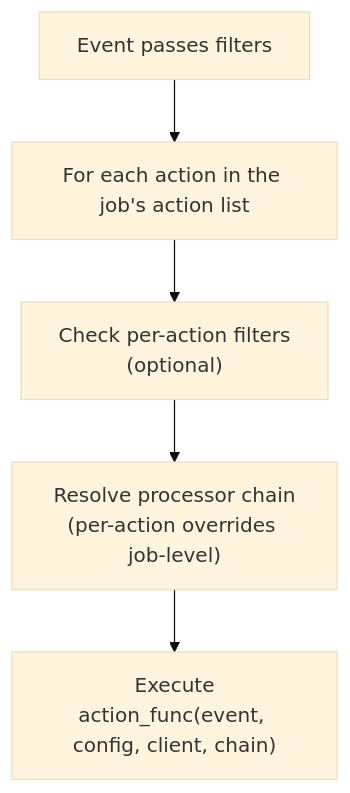
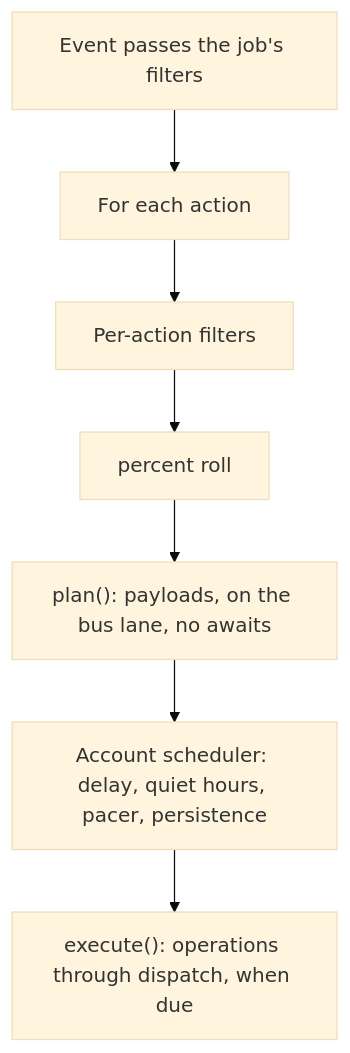
Before and after one commit to tlgrcli/tlgr: the diagram in tlgr/actions/README.md, drawn with Mermaid (base theme). The commit also changed other lines of this file and 6 other files, not shown here.

````diff
--- a/tlgr/actions/README.md
+++ b/tlgr/actions/README.md
@@ -9,7 +11,9 @@
 ```mermaid
 flowchart TB
-    E["Event passes filters"] --> LOOP["For each action in the job's action list"]
-    LOOP --> CHECK["Check per-action filters<br/>(optional)"]
-    CHECK --> RESOLVE["Resolve processor chain<br/>(per-action overrides job-level)"]
-    RESOLVE --> EXEC["Execute<br/>action_func(event, config, client, chain)"]
+    E["Event passes the job's filters"] --> LOOP["For each action"]
+    LOOP --> CHECK["Per-action filters"]
+    CHECK --> ROLL["percent roll"]
+    ROLL --> PLAN["plan(): payloads, on the bus lane, no awaits"]
+    PLAN --> Q["Account scheduler: delay, quiet hours, pacer, persistence"]
+    Q --> EXEC["execute(): operations through dispatch, when due"]
 ```
````
